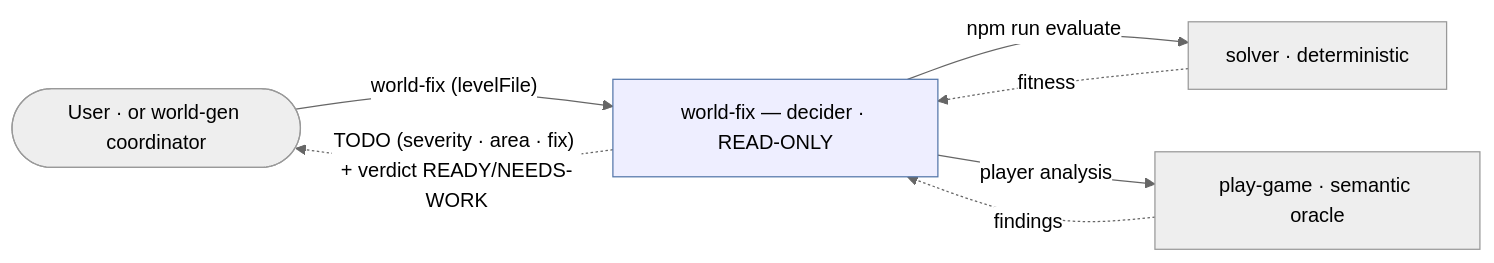
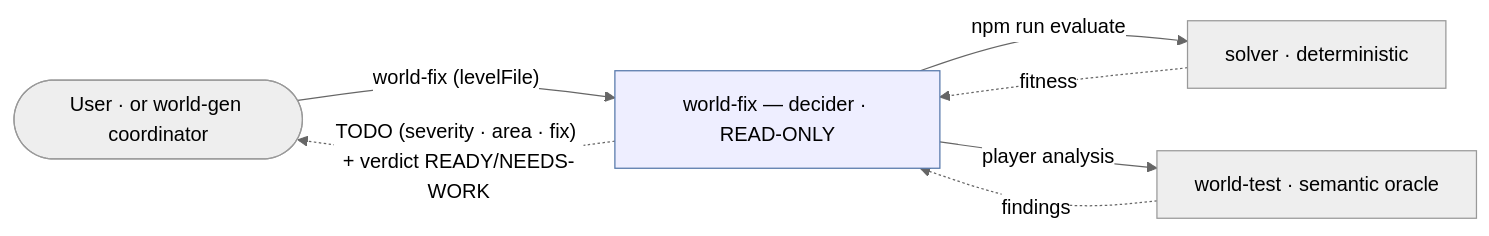
The fourth of 4 diagrams in docs/design/world-gen-agentic-hld.md (DecentAppsNet/castle-mystery), drawn with Mermaid (neutral theme) before and after one commit. The commit also changed other lines of this file and 9 other files, not shown here.

First line of the commit message:
Rename play-game skill to world-test

````diff
--- a/docs/design/world-gen-agentic-hld.md
+++ b/docs/design/world-gen-agentic-hld.md
@@ -277,11 +277,11 @@
 ```mermaid
 flowchart LR
     C(["User · or world-gen coordinator"]) -->|"world-fix (levelFile)"| WF["world-fix — decider · READ-ONLY"]:::ro
     WF -->|"npm run evaluate"| EV["solver · deterministic"]
-    WF -->|"player analysis"| PG["play-game · semantic oracle"]
+    WF -->|"player analysis"| PG["world-test · semantic oracle"]
     EV -.->|"fitness"| WF
     PG -.->|"findings"| WF
     WF -.->|"TODO (severity · area · fix) + verdict READY/NEEDS-WORK"| C
 
     classDef ro fill:#eef,stroke:#5577aa;
 ```
````
